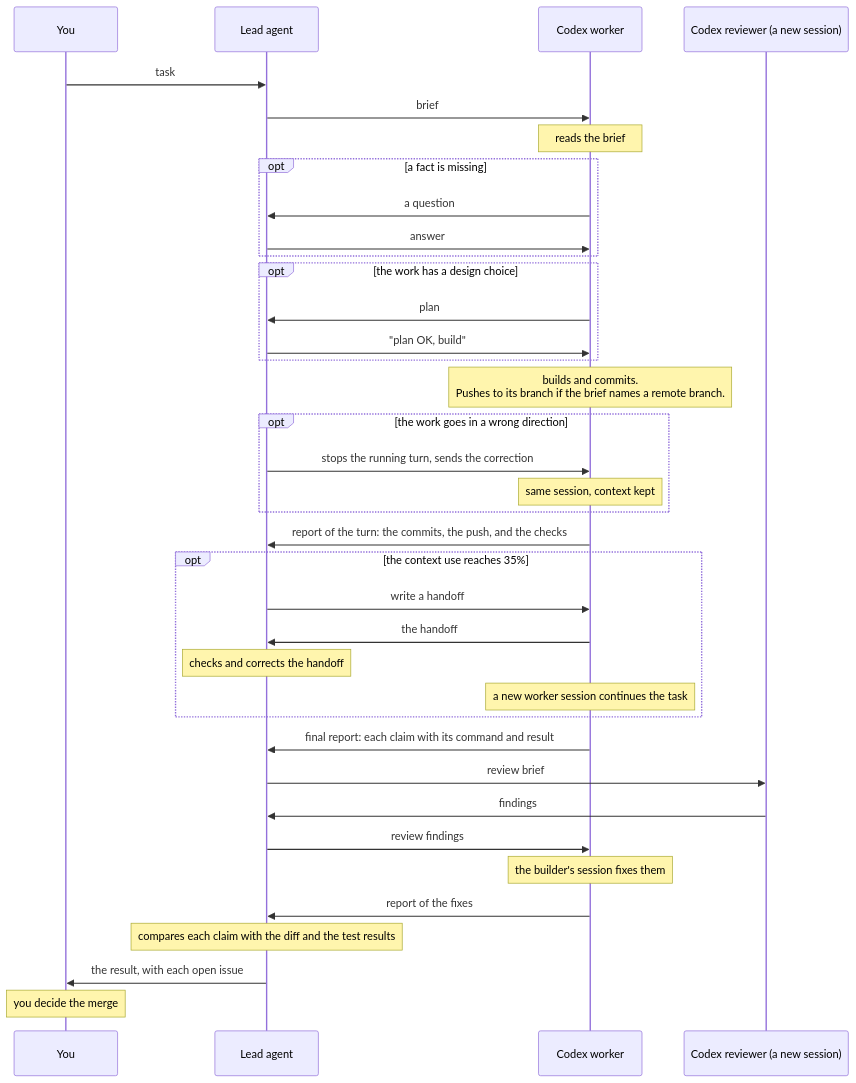
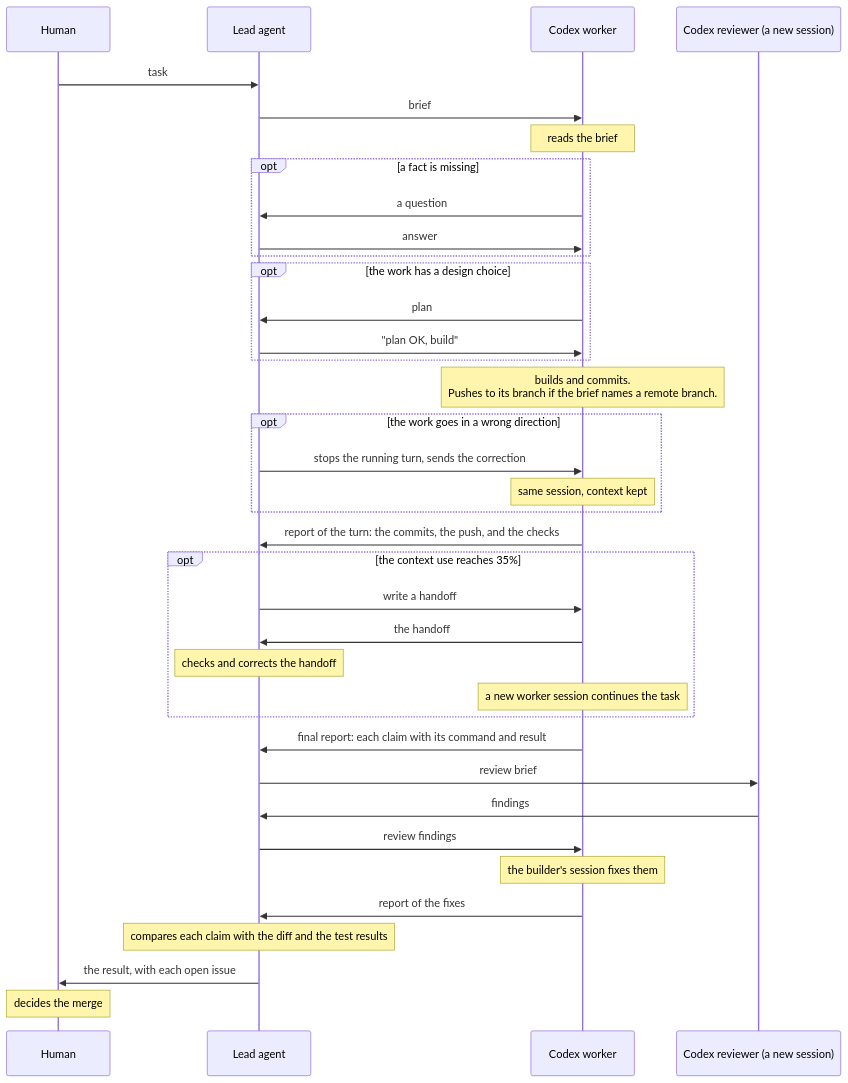
Before and after one commit to binhle312/cty1ng: the second of 2 diagrams in .agents/skills/codex-workers/GUIDE.md, drawn with Mermaid. The commit also changed other lines of this file, not shown here.

First line of the commit message:
Name the owner "Human" in the guide, and show that workers can be many

````diff
--- a/.agents/skills/codex-workers/GUIDE.md
+++ b/.agents/skills/codex-workers/GUIDE.md
@@ -40,40 +42,40 @@
 ```mermaid
 sequenceDiagram
-  participant Y as You
+  participant H as Human
   participant L as Lead agent
   participant W as Codex worker
   participant R as Codex reviewer (a new session)
 
-  Y->>L: task
+  H->>L: task
   L->>W: brief
   Note over W: reads the brief
   opt a fact is missing
     W->>L: a question
     L->>W: answer
   end
   opt the work has a design choice
     W->>L: plan
     L->>W: "plan OK, build"
   end
   Note over W: builds and commits.<br/>Pushes to its branch if the brief names a remote branch.
   opt the work goes in a wrong direction
     L->>W: stops the running turn, sends the correction
     Note over W: same session, context kept
   end
   W->>L: report of the turn: the commits, the push, and the checks
   opt the context use reaches 35%
     L->>W: write a handoff
     W->>L: the handoff
     Note over L: checks and corrects the handoff
     Note over W: a new worker session continues the task
   end
   W->>L: final report: each claim with its command and result
   L->>R: review brief
   R->>L: findings
   L->>W: review findings
   Note over W: the builder's session fixes them
   W->>L: report of the fixes
   Note over L: compares each claim with the diff and the test results
-  L->>Y: the result, with each open issue
-  Note over Y: you decide the merge
+  L->>H: the result, with each open issue
+  Note over H: decides the merge
 ```
````
